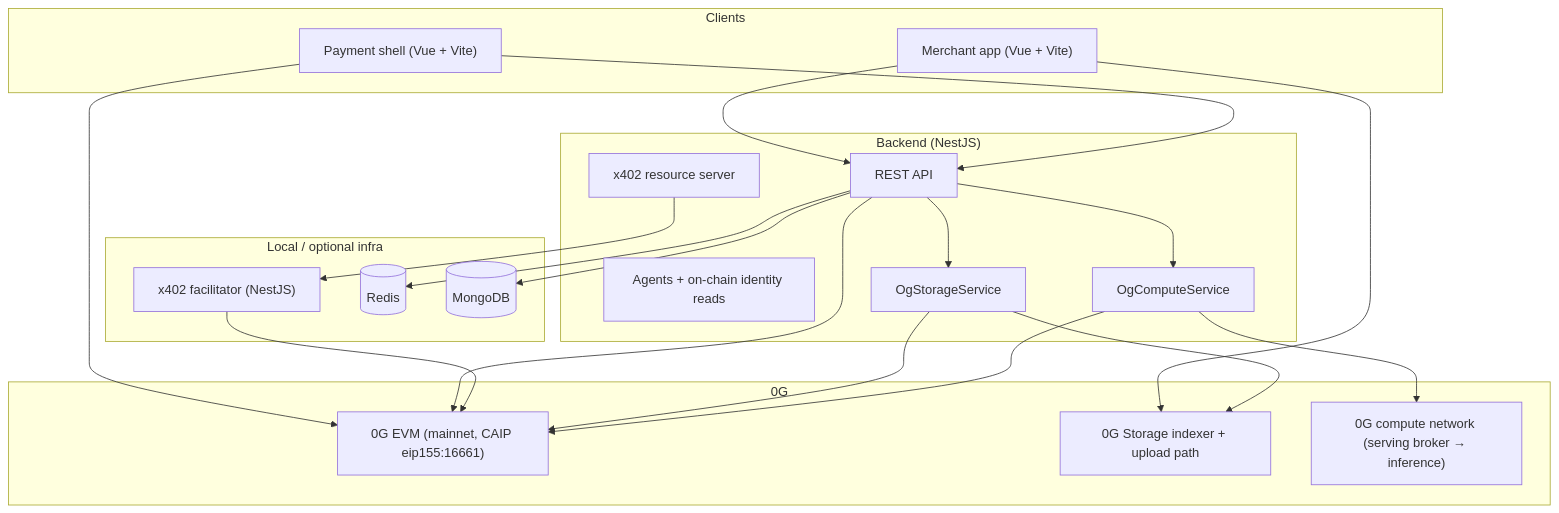
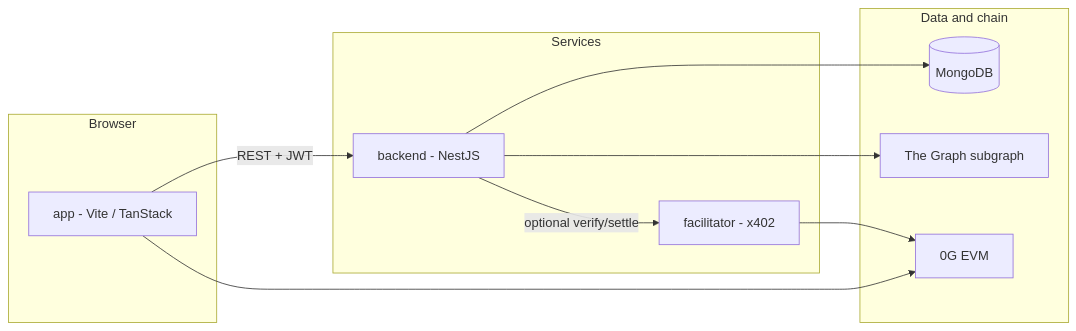
The diagram in README.md (devarogundade/RailBeam), drawn with Mermaid before and after one commit. The commit also changed other lines of this file and 39 other files, not shown here.

````diff
--- a/README.md
+++ b/README.md
@@ -19,44 +23,21 @@
 ```mermaid
-flowchart TB
-  subgraph clients["Clients"]
-    App["Merchant app (Vue + Vite)"]
-    Pay["Payment shell (Vue + Vite)"]
+flowchart LR
+  subgraph client [Browser]
+    App[app - Vite / TanStack]
   end
-
-  subgraph backend["Backend (NestJS)"]
-    API["REST API"]
-    Agents["Agents + on-chain identity reads"]
-    X402["x402 resource server"]
-    OGStore["OgStorageService"]
-    OGCompute["OgComputeService"]
+  subgraph apis [Services]
+    API[backend - NestJS]
+    Fac[facilitator - x402]
   end
-
-  subgraph infra["Local / optional infra"]
-    Fac["x402 facilitator (NestJS)"]
-    Redis[(Redis)]
+  subgraph data [Data and chain]
     Mongo[(MongoDB)]
+    Subgraph[The Graph subgraph]
+    Chain[0G EVM]
   end
-
-  subgraph chain["0G"]
-    EVM["0G EVM (mainnet, CAIP eip155:16661)"]
-    Store["0G Storage indexer + upload path"]
-    Compute["0G compute network (serving broker → inference)"]
-  end
-
-  App --> API
-  Pay --> API
-  App --> Store
-  Pay --> EVM
-
+  App -->|REST + JWT| API
+  API -->|optional verify/settle| Fac
   API --> Mongo
-  API --> Redis
-  API --> OGStore
-  API --> OGCompute
-  API --> EVM
-  X402 --> Fac
-  Fac --> EVM
-  OGStore --> Store
-  OGStore --> EVM
-  OGCompute --> Compute
-  OGCompute --> EVM
+  API --> Subgraph
+  Fac --> Chain
+  App --> Chain
 ```
````
